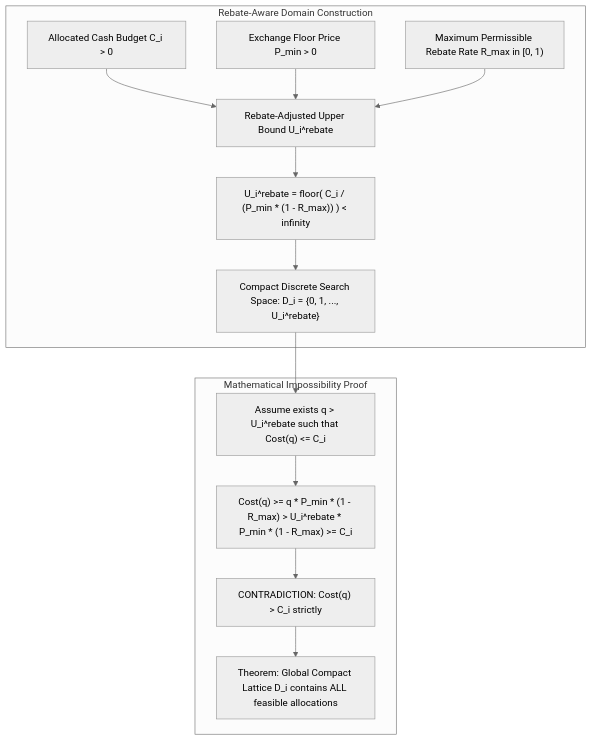
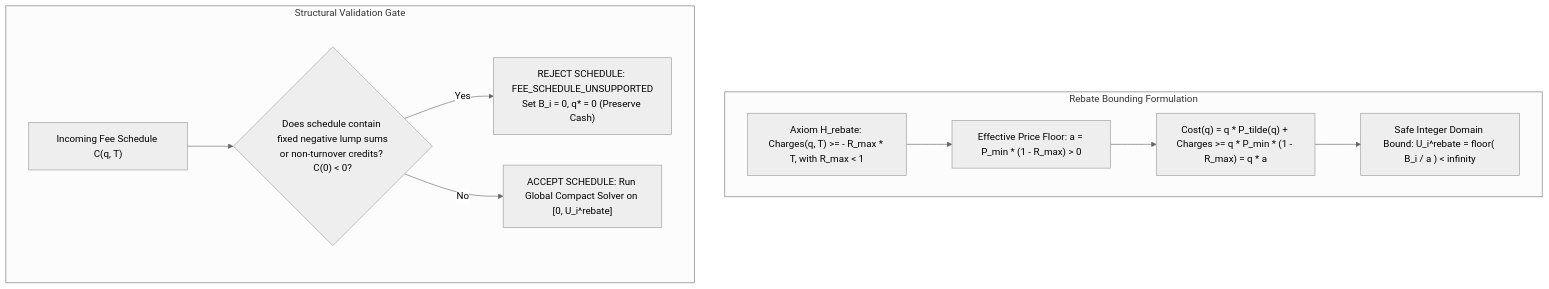
The second of 6 diagrams in README.md (2k25it2514261-cloud/alphaniti), drawn with Mermaid (neutral theme) before and after one commit. The commit also changed other lines of this file, not shown here.

Commit message:
docs: release AlphaNiti v18.0 master architecture specification and proof-obligation register

````diff
--- a/README.md
+++ b/README.md
@@ -31,17 +79,14 @@
 ```mermaid
 graph TD
-    subgraph Rebate-Aware Domain Construction
-        C["Allocated Cash Budget C_i > 0"] --> U["Rebate-Adjusted Upper Bound U_i^rebate"]
-        Pmin["Exchange Floor Price P_min > 0"] --> U
-        Rmax["Maximum Permissible Rebate Rate R_max in [0, 1)"] --> U
-        U --> Form["U_i^rebate = floor( C_i / (P_min * (1 - R_max)) ) < infinity"]
-        Form --> Lattice["Compact Discrete Search Space: D_i = {0, 1, ..., U_i^rebate}"]
+    subgraph Rebate Bounding Formulation
+        H["Axiom H_rebate: Charges(q, T) >= - R_max * T, with R_max < 1"] --> Eff["Effective Price Floor: a = P_min * (1 - R_max) > 0"]
+        Eff --> CostBound["Cost(q) = q * P_tilde(q) + Charges >= q * P_min * (1 - R_max) = q * a"]
+        CostBound --> UBound["Safe Integer Domain Bound: U_i^rebate = floor( B_i / a ) < infinity"]
     end
 
-    subgraph Mathematical Impossibility Proof
-        Lattice --> Proof["Assume exists q > U_i^rebate such that Cost(q) <= C_i"]
-        Proof --> Ineq["Cost(q) >= q * P_min * (1 - R_max) > U_i^rebate * P_min * (1 - R_max) >= C_i"]
-        Ineq --> Contra["CONTRADICTION: Cost(q) > C_i strictly"]
-        Contra --> TH["Theorem: Global Compact Lattice D_i contains ALL feasible allocations"]
+    subgraph Structural Validation Gate
+        Sched["Incoming Fee Schedule C(q, T)"] --> Val{"Does schedule contain fixed negative lump sums<br>or non-turnover credits? C(0) < 0?"}
+        Val -- Yes --> REJECT["REJECT SCHEDULE: FEE_SCHEDULE_UNSUPPORTED<br>Set B_i = 0, q* = 0 (Preserve Cash)"]
+        Val -- No --> ACCEPT["ACCEPT SCHEDULE: Run Global Compact Solver on [0, U_i^rebate]"]
     end
 ```
````
